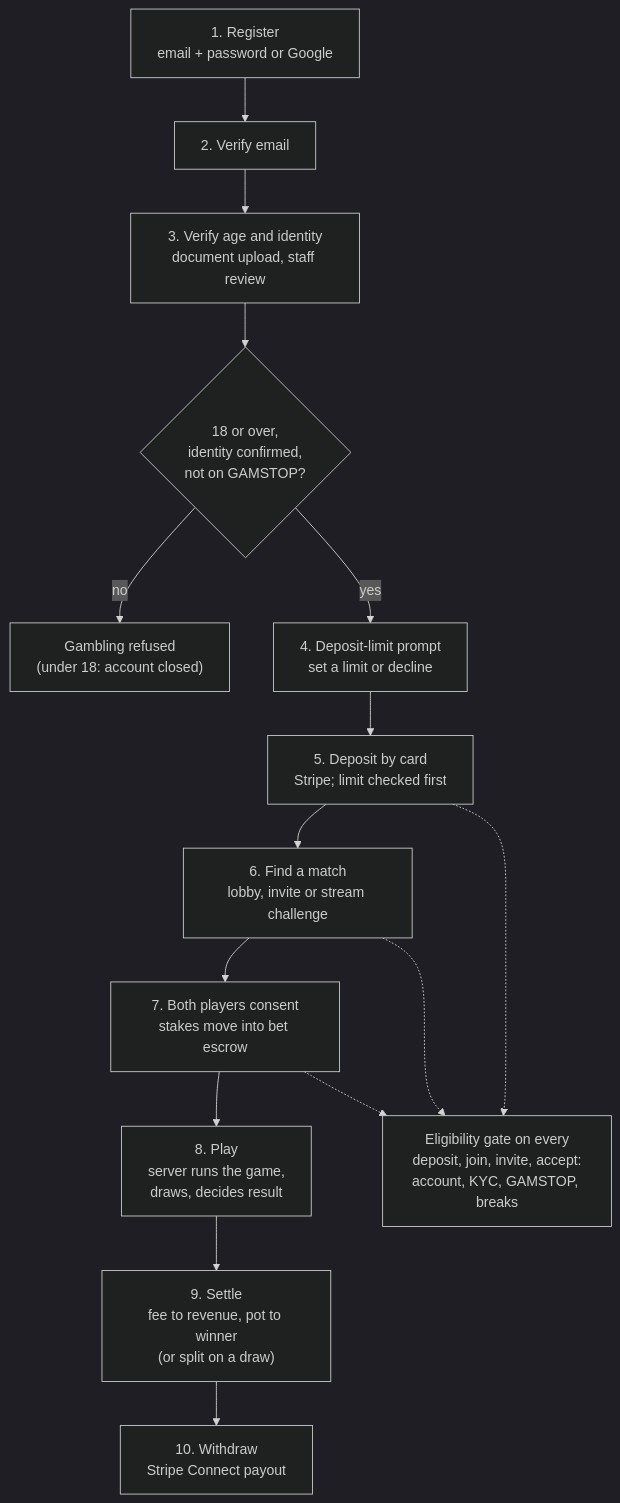
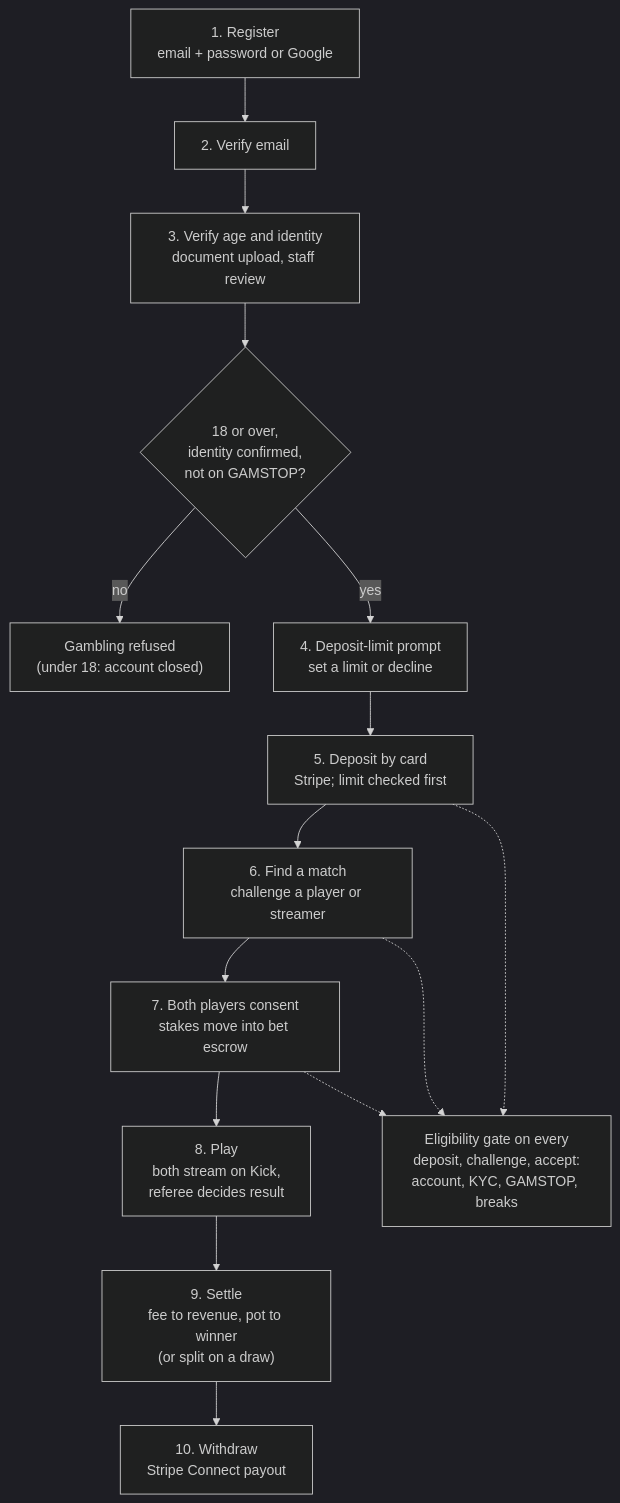
The first of 2 diagrams in docs/compliance/09-end-to-end-flow.md (mayswill3/PlayStake), drawn with Mermaid (dark theme) before and after one commit. The commit also changed other lines of this file and 36 other files, not shown here.

````diff
--- a/docs/compliance/09-end-to-end-flow.md
+++ b/docs/compliance/09-end-to-end-flow.md
@@ -19,17 +19,17 @@
 ```mermaid
 flowchart TD
   A["1. Register<br/>email + password or Google"] --> B["2. Verify email"]
   B --> C["3. Verify age and identity<br/>document upload, staff review"]
   C --> D{"18 or over,<br/>identity confirmed,<br/>not on GAMSTOP?"}
   D -- no --> X["Gambling refused<br/>(under 18: account closed)"]
   D -- yes --> E["4. Deposit-limit prompt<br/>set a limit or decline"]
   E --> F["5. Deposit by card<br/>Stripe; limit checked first"]
-  F --> G["6. Find a match<br/>lobby, invite or stream challenge"]
+  F --> G["6. Find a match<br/>challenge a player or streamer"]
   G --> H["7. Both players consent<br/>stakes move into bet escrow"]
-  H --> I["8. Play<br/>server runs the game,<br/>draws, decides result"]
+  H --> I["8. Play<br/>both stream on Kick,<br/>referee decides result"]
   I --> J["9. Settle<br/>fee to revenue, pot to winner<br/>(or split on a draw)"]
   J --> K["10. Withdraw<br/>Stripe Connect payout"]
-  G -.-> L["Eligibility gate on every<br/>deposit, join, invite, accept:<br/>account, KYC, GAMSTOP, breaks"]
+  G -.-> L["Eligibility gate on every<br/>deposit, challenge, accept:<br/>account, KYC, GAMSTOP, breaks"]
   H -.-> L
   F -.-> L
 ```
````
